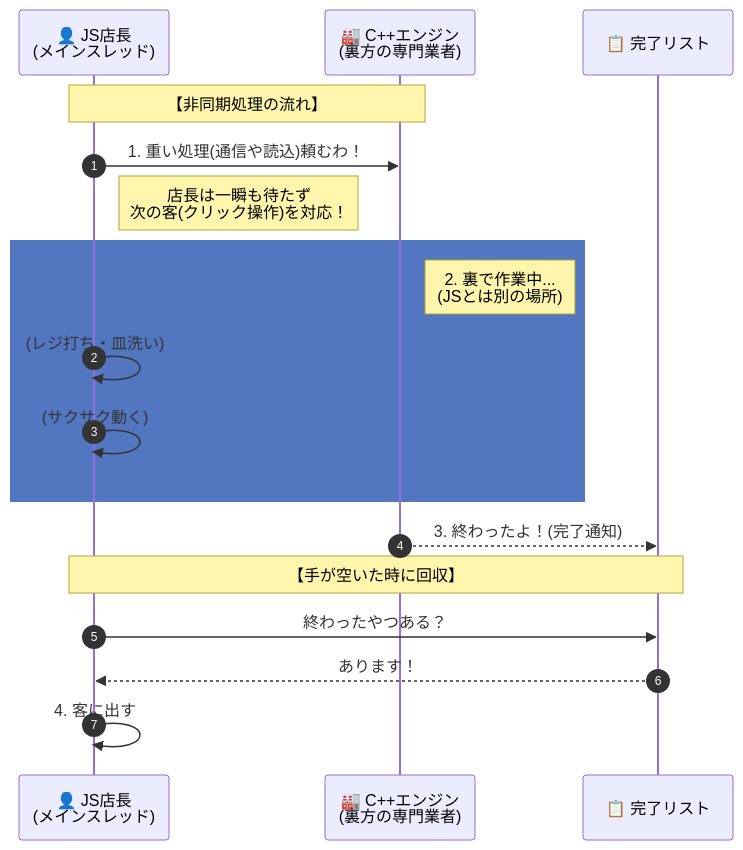
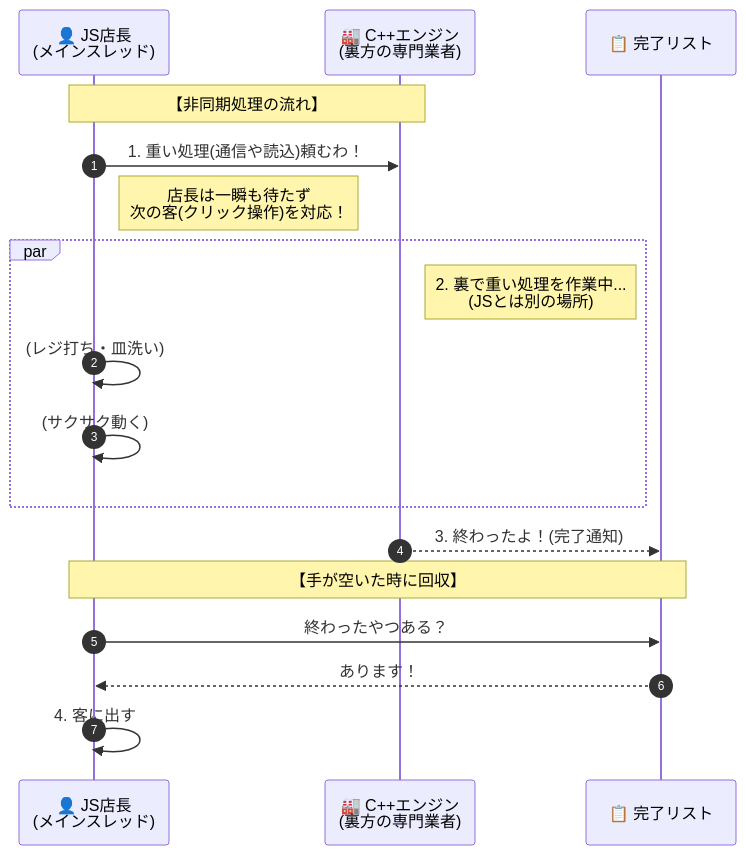
One commit to komiyamma/site_ichika_study_async_await_fetch changed the second of 6 diagrams in D01.md. Above: the diagram before and after it, drawn with Mermaid. The commit also changed other lines of this file, not shown here.

````diff
--- a/D01.md
+++ b/D01.md
@@ -184,24 +184,24 @@
 ```mermaid
 sequenceDiagram
     autonumber
     participant JS as 👤 JS店長<br>(メインスレッド)
     participant Engine as 🏭 C++エンジン<br>(裏方の専門業者)
     participant Queue as 📋 完了リスト
 
     Note over JS, Engine: 【非同期処理の流れ】
     JS->>Engine: 1. 重い処理(通信や読込)頼むわ！
     Note right of JS: 店長は一瞬も待たず<br>次の客(クリック操作)を対応！
     
-    rect rgba(83, 118, 193, 1)
-        Note right of Engine: 2. 裏で作業中...<br>(JSとは別の場所)
+    par 
+        Note right of Engine: 2. 裏で重い処理を作業中...<br>(JSとは別の場所)
         JS->>JS: (レジ打ち・皿洗い)
         JS->>JS: (サクサク動く)
     end
     
     Engine-->>Queue: 3. 終わったよ！(完了通知)
     
     Note over JS, Queue: 【手が空いた時に回収】
     JS->>Queue: 終わったやつある？
     Queue-->>JS: あります！
     JS->>JS: 4. 客に出す
 ```
````
